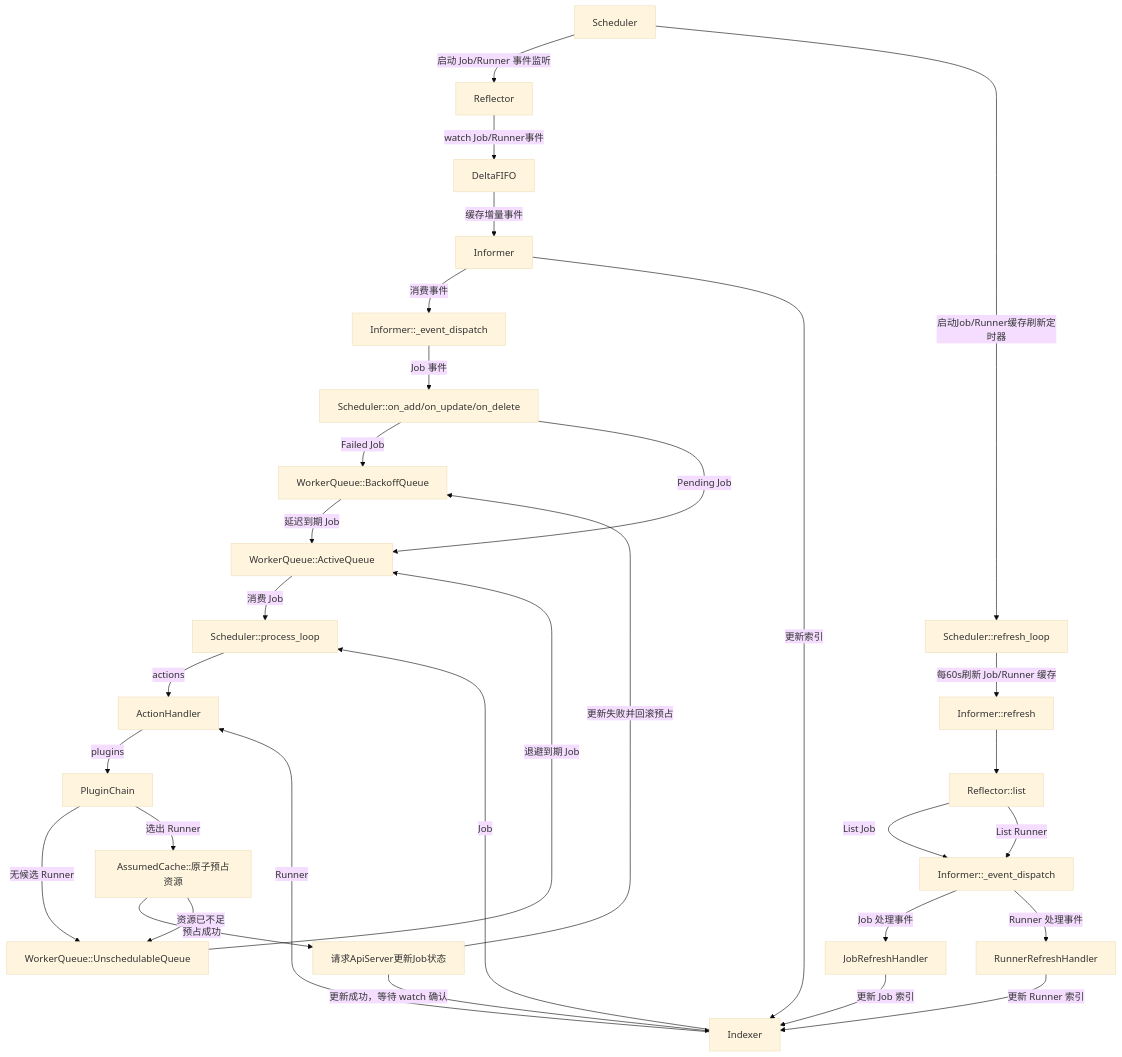
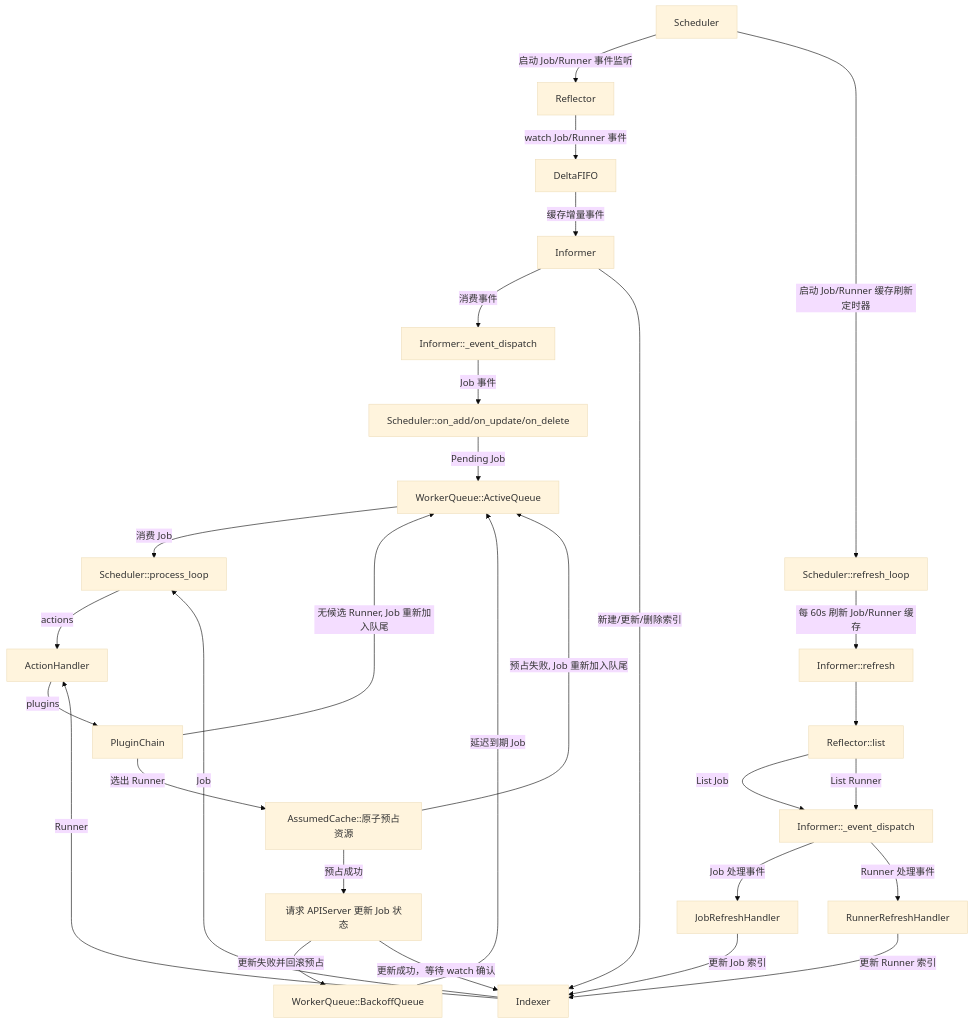
One commit to openeuler-mirror/EulerMaker changed the first of 2 diagrams in docs/zh/design/scheduler.md. Above: the diagram before and after it, drawn with Mermaid (base theme). The commit also changed other lines of this file, not shown here.

Commit message:
redesign scheduler and work queue

````diff
--- a/docs/zh/design/scheduler.md
+++ b/docs/zh/design/scheduler.md
@@ -147,39 +146,38 @@
 ```mermaid
 graph TD
-    SC[Scheduler] --> |启动 Job/Runner 事件监听| A 
-    A[Reflector] -->|watch Job/Runner事件| B[DeltaFIFO]
+    SC[Scheduler] --> |启动 Job/Runner 事件监听| A
+    A[Reflector] -->|watch Job/Runner 事件| B[DeltaFIFO]
     B -->|缓存增量事件| C[Informer]
     C -->|消费事件| F
-    C -->|更新索引| D[Indexer]
+    C -->|新建/更新/删除索引| D[Indexer]
 
-    F[Informer::_event_dispatch] --> |Job 事件|G[Scheduler::on_add/on_update/on_delete]
-    G -->|Failed Job| Q2[WorkerQueue::BackoffQueue]
+    F[Informer::_event_dispatch] --> |Job 事件| G[Scheduler::on_add/on_update/on_delete]
     G -->|Pending Job| Q1[WorkerQueue::ActiveQueue]
-    Q2 -->|延迟到期 Job| Q1
+    Q2[WorkerQueue::BackoffQueue] -->|延迟到期 Job| Q1
 
     Q1 -->|消费 Job| L[Scheduler::process_loop]
     D --> |Job| L
     L --> |actions| A1[ActionHandler]
     D --> |Runner| A1
     A1 --> |plugins| P[PluginChain]
     
     
-    P --> |无候选 Runner| Q3[WorkerQueue::UnschedulableQueue]
+    P --> |无候选 Runner, Job 重新加入队尾| Q1
     P --> |选出 Runner| AC[AssumedCache::原子预占资源]
-    AC --> |预占成功| S[请求ApiServer更新Job状态]
-    AC --> |资源已不足| Q3
+    AC --> |预占成功| S[请求 APIServer 更新 Job 状态]
+    AC --> |预占失败, Job 重新加入队尾| Q1
     S --> |更新失败并回滚预占| Q2
     S --> |更新成功，等待 watch 确认| D
-    Q3 --> |退避到期 Job| Q1
+  
 
-    SC --> |启动Job/Runner缓存刷新定时器| T0
-    T0[Scheduler::refresh_loop] --> |每60s刷新 Job/Runner 缓存| RI[Informer::refresh]
+    SC --> |启动 Job/Runner 缓存刷新定时器| T0
+    T0[Scheduler::refresh_loop] --> |每 60s 刷新 Job/Runner 缓存| RI[Informer::refresh]
     RI --> RR[Reflector::list]
     RR --> |List Job| F1[Informer::_event_dispatch]
     RR --> |List Runner| F1
 
     F1 --> |Job 处理事件| JF[JobRefreshHandler]
     JF --> |更新 Job 索引| D
     F1 --> |Runner 处理事件| RF[RunnerRefreshHandler]
     RF --> |更新 Runner 索引| D
 ```
````
